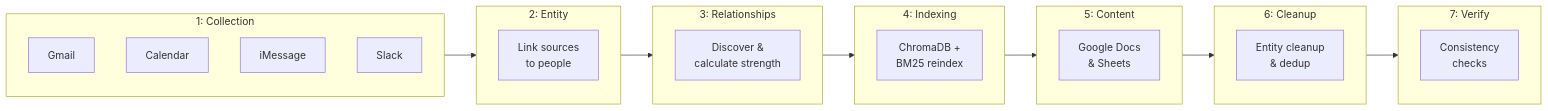
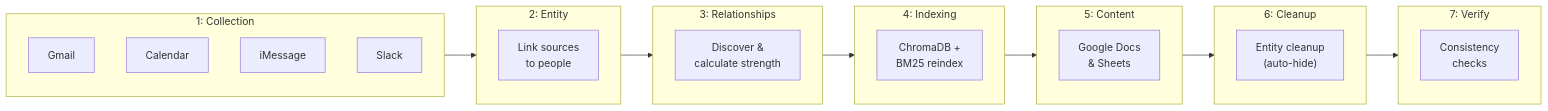
One commit to nbramia/LifeOS changed the second of 3 diagrams in README.md. Above: the diagram before and after it, drawn with Mermaid. The commit also changed other lines of this file and 1 other file, not shown here.

Commit message:
fix: address review round 1 — update stale Phase 6 docs
Round-1 review caught two docs the original PR missed that still
described the removed "queue duplicates / dedup" cleanup behavior:

- README.md: pipeline Mermaid node "Entity cleanup & dedup" → "(auto-hide)";
  Phase 6 "auto-hides non-humans and queues duplicates for review" →
  "auto-hides obvious non-human entities".
- docs/guides/scripts.md: Phase 6 list + script table now describe
  auto-hide only.

````diff
--- a/README.md
+++ b/README.md
@@ -214,42 +214,42 @@
 ```mermaid
 flowchart LR
     subgraph P1["1: Collection"]
         direction TB
         G1[Gmail]
         C1[Calendar]
         IM[iMessage]
         Sl[Slack]
     end
 
     subgraph P2["2: Entity"]
         direction TB
         Link["Link sources\nto people"]
     end
 
     subgraph P3["3: Relationships"]
         direction TB
         Rel["Discover &\ncalculate strength"]
     end
 
     subgraph P4["4: Indexing"]
         direction TB
         Idx["ChromaDB +\nBM25 reindex"]
     end
 
     subgraph P5["5: Content"]
         direction TB
         Con["Google Docs\n& Sheets"]
     end
 
     subgraph P6["6: Cleanup"]
         direction TB
-        Clean["Entity cleanup\n& dedup"]
+        Clean["Entity cleanup\n(auto-hide)"]
     end
 
     subgraph P7["7: Verify"]
         direction TB
         Ver["Consistency\nchecks"]
     end
 
     P1 --> P2 --> P3 --> P4 --> P5 --> P6 --> P7
 ```
````
